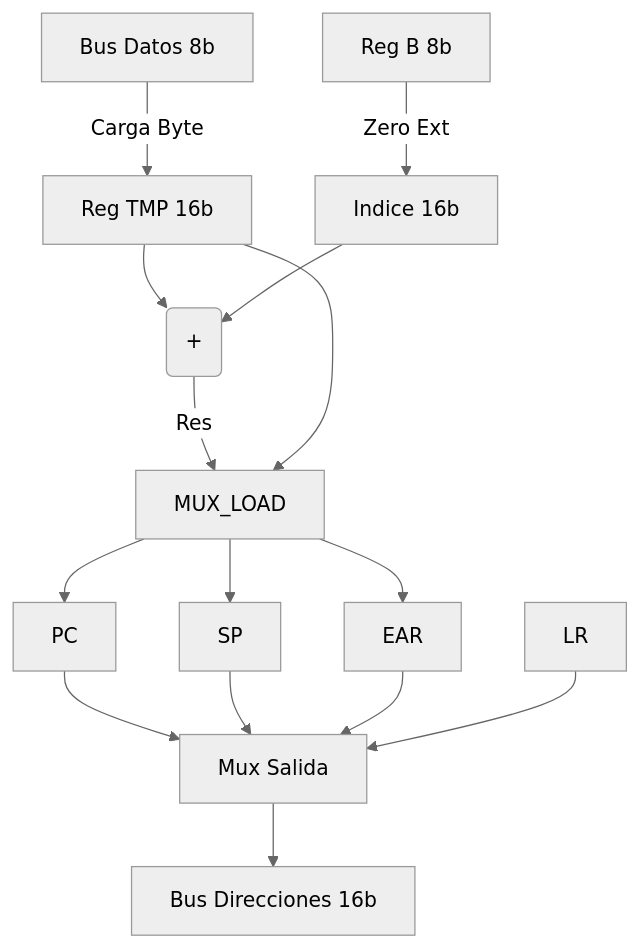
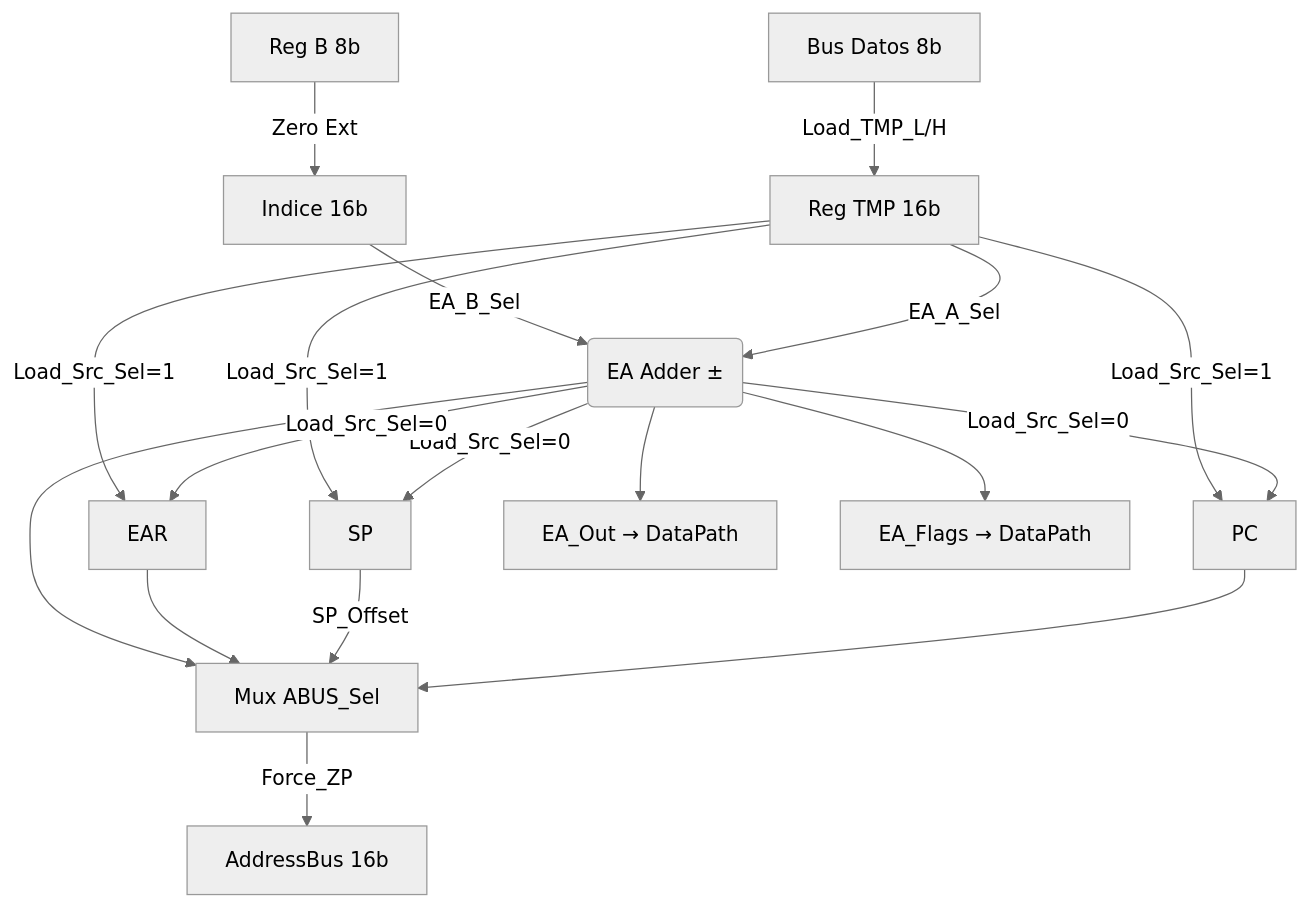
The diagram in processor/AddressPath.md (julian1c2a/processor-8bits), drawn with Mermaid (neutral theme) before and after one commit. The commit also changed other lines of this file and 11 other files, not shown here.

First line of the commit message:
Refactor DataPath and Processor_Top packages for improved clarity and functionality

````diff
--- a/processor/AddressPath.md
+++ b/processor/AddressPath.md
@@ -39,16 +98,17 @@
 ```mermaid
 graph TD
-    DataIn[Bus Datos 8b] -->|Carga Byte| TMP[Reg TMP 16b]
+    DataIn[Bus Datos 8b] -->|Load_TMP_L/H| TMP[Reg TMP 16b]
     IndexB[Reg B 8b] -->|Zero Ext| IDX[Indice 16b]
-    TMP --> ADDER(+)
-    IDX --> ADDER(+)
-    ADDER -->|Res| MUX_LOAD
-    TMP --> MUX_LOAD
-    MUX_LOAD --> PC & SP & EAR
-    
-    PC --> MUX_OUT[Mux Salida]
-    SP --> MUX_OUT
+    TMP -->|EA_A_Sel| ADDER(EA Adder ±)
+    IDX -->|EA_B_Sel| ADDER
+    ADDER -->|Load_Src_Sel=0| PC & SP & EAR
+    TMP -->|Load_Src_Sel=1| PC & SP & EAR
+    ADDER --> EA_Out[EA_Out → DataPath]
+    ADDER --> EA_Flags[EA_Flags → DataPath]
+
+    PC --> MUX_OUT[Mux ABUS_Sel]
+    SP -->|SP_Offset| MUX_OUT
     EAR --> MUX_OUT
-    LR --> MUX_OUT
-    MUX_OUT --> ADDR_BUS[Bus Direcciones 16b]
+    ADDER --> MUX_OUT
+    MUX_OUT -->|Force_ZP| ADDR_BUS[AddressBus 16b]
 ```
````
